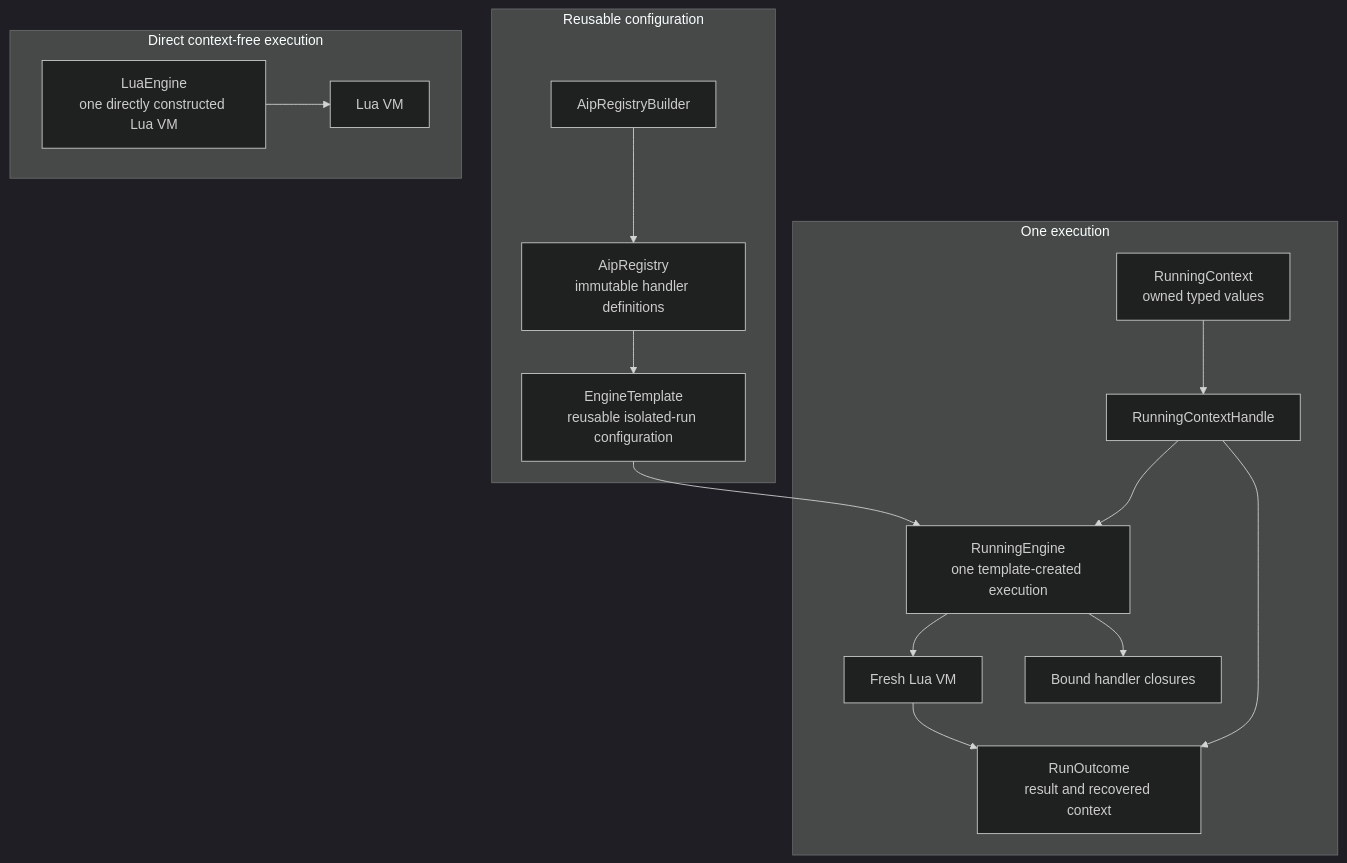
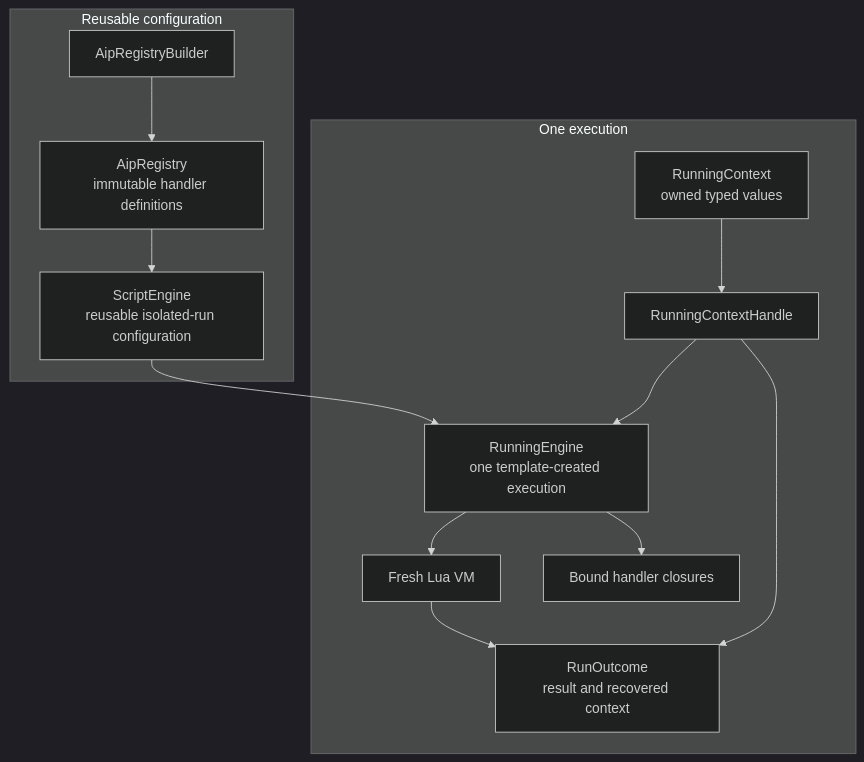
The diagram in dev/specs/spec-engine.md (zcoder-run/aiprog), drawn with Mermaid (dark theme) before and after one commit. The commit also changed other lines of this file and 1 other file, not shown here.

````diff
--- a/dev/specs/spec-engine.md
+++ b/dev/specs/spec-engine.md
@@ -45,35 +45,29 @@
 ```mermaid
 flowchart TD
 	subgraph reusable["Reusable configuration"]
 		builder["AipRegistryBuilder"]
 		registry["AipRegistry<br/>immutable handler definitions"]
-		template["EngineTemplate<br/>reusable isolated-run configuration"]
+		engine["ScriptEngine<br/>reusable isolated-run configuration"]
 
 		builder --> registry
-		registry --> template
+		registry --> engine
 	end
 
 	subgraph execution["One execution"]
 		context["RunningContext<br/>owned typed values"]
 		handle["RunningContextHandle"]
 		running["RunningEngine<br/>one template-created execution"]
 		lua["Fresh Lua VM"]
 		handlers["Bound handler closures"]
 		outcome["RunOutcome<br/>result and recovered context"]
 
 		context --> handle
-		template --> running
+		engine --> running
 		handle --> running
 		running --> lua
 		running --> handlers
 		lua --> outcome
 		handle --> outcome
 	end
 
-	subgraph direct["Direct context-free execution"]
-		lua_engine["LuaEngine<br/>one directly constructed Lua VM"]
-		direct_lua["Lua VM"]
-
-		lua_engine --> direct_lua
-	end
 ```
````
